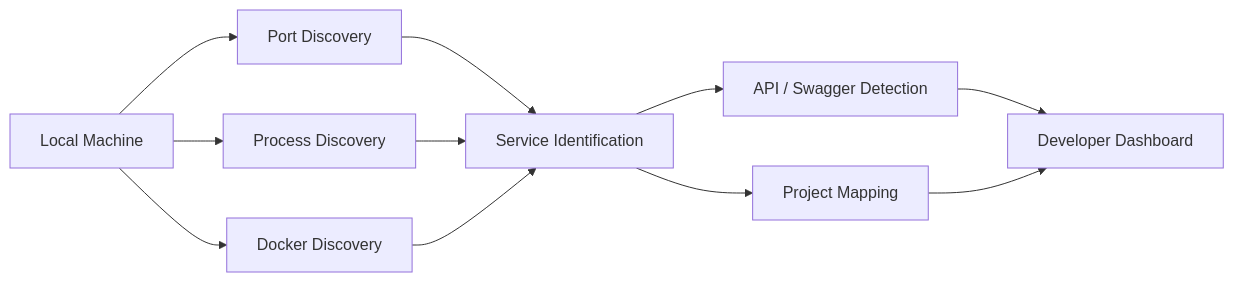
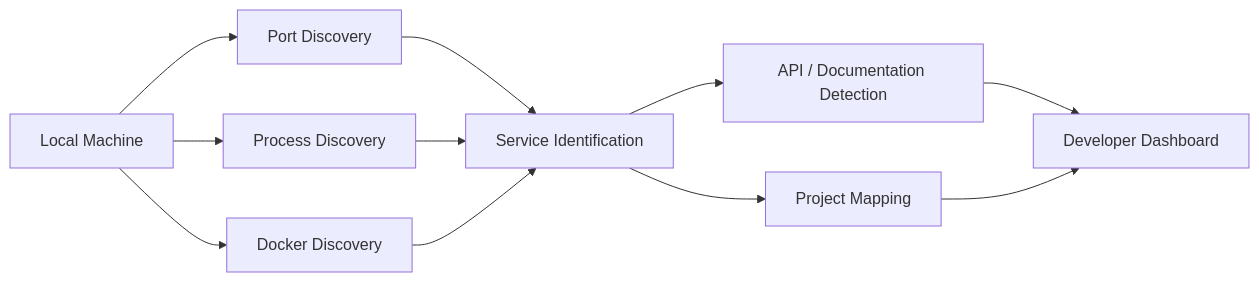
Before and after one commit to tahakubilay/LokalHub: the diagram in README.md, drawn with Mermaid. The commit also changed other lines of this file, not shown here.

````diff
--- a/README.md
+++ b/README.md
@@ -111,16 +52,16 @@
 ```mermaid
 flowchart LR
     HOST[Local Machine] --> PORTS[Port Discovery]
     HOST --> PROC[Process Discovery]
     HOST --> DOCKER[Docker Discovery]
 
     PORTS --> MATCH[Service Identification]
     PROC --> MATCH
     DOCKER --> MATCH
 
-    MATCH --> API[API / Swagger Detection]
+    MATCH --> API[API / Documentation Detection]
     MATCH --> PROJECTS[Project Mapping]
 
     API --> DASH[Developer Dashboard]
     PROJECTS --> DASH
 ```
````
